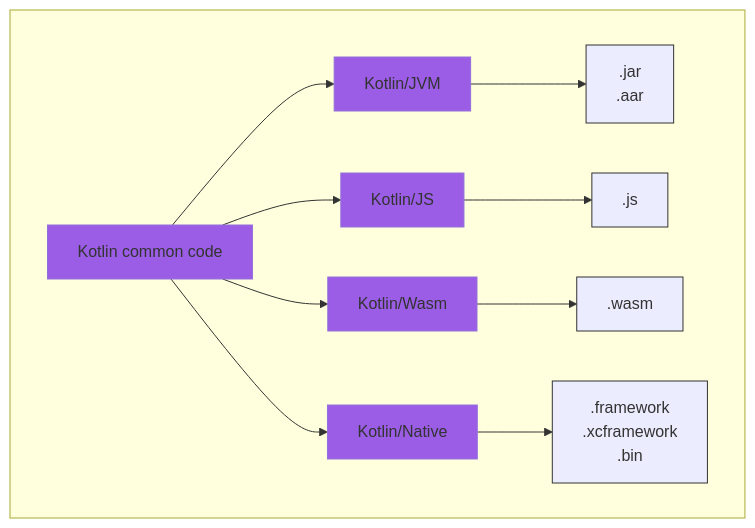
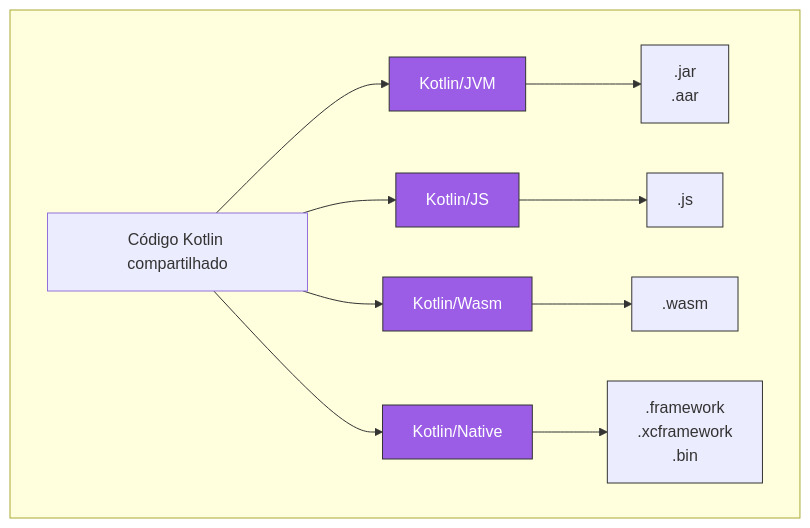
Diagram 11 of 12 in posts/KMP101-parte1.md (rsicarelli/KMP-101), drawn with Mermaid before and after one commit. The commit also changed other lines of this file, not shown here.

Commit message:
match style for all graphs

````diff
--- a/posts/KMP101-parte1.md
+++ b/posts/KMP101-parte1.md
@@ -404,18 +404,18 @@
 ```mermaid
 graph TD
     subgraph " "
-        classDef area fill: #9b5de5
+        classDef area fill: #9b5de5, color: #fff, stroke: #333, stroke-width: 1px
         classDef defaultStyle stroke: #333, stroke-width: 1px;
-        CommonCode[Kotlin common code] --> KotlinJVM[Kotlin/JVM]
+        CommonCode[Código Kotlin compartilhado] --> KotlinJVM[Kotlin/JVM]
         CommonCode --> KotlinJS[Kotlin/JS]
         CommonCode --> KotlinNative[Kotlin/Native]
         CommonCode --> KotlinWasm["Kotlin/Wasm"]
         KotlinJVM --> JVMCode[.jar <br> .aar]
         KotlinJS --> JSCode[.js]
         KotlinWasm --> WasmCode[.wasm]
         KotlinNative --> NativeCode[.framework <br> .xcframework <br> .bin]
-        class CommonCode,KotlinJVM,KotlinJS,KotlinNative,KotlinWasm area;
+        class KotlinJVM,KotlinJS,KotlinNative,KotlinWasm area;
         class JVMCode,JSCode,NativeCode,WasmCode defaultStyle;
     end
 
 ```
````
